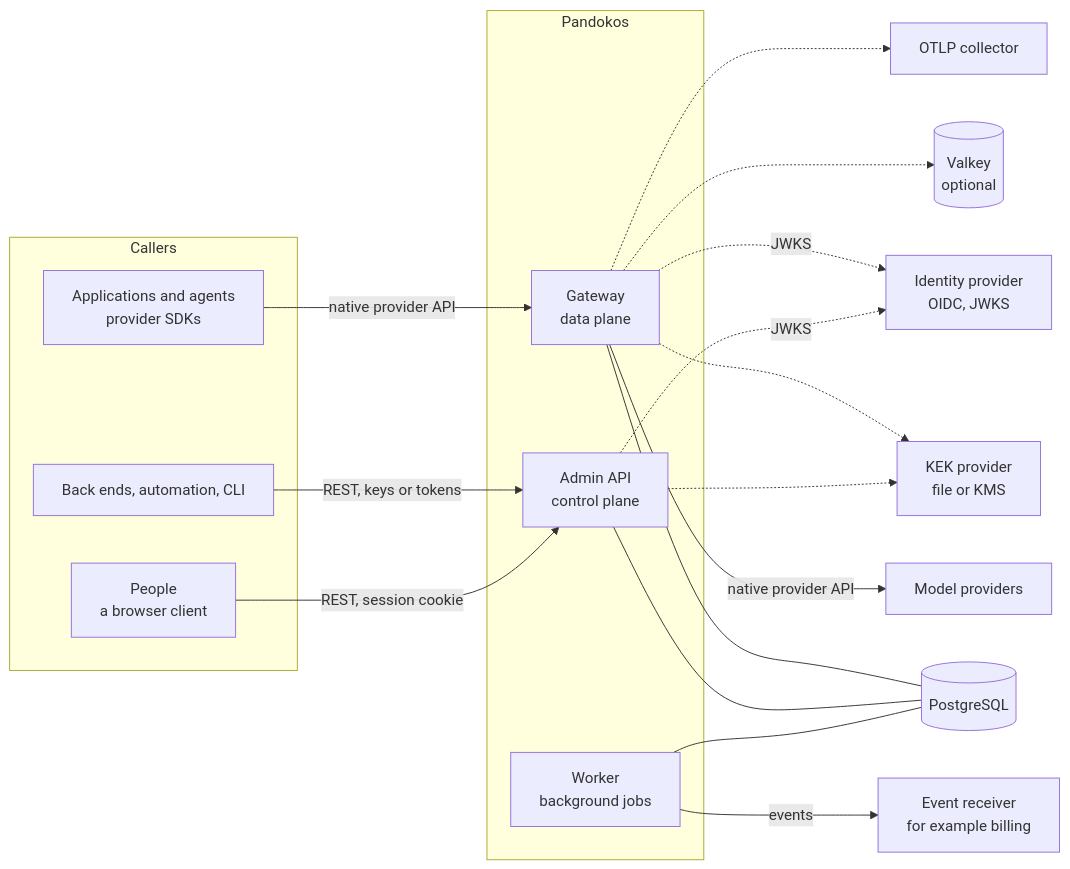
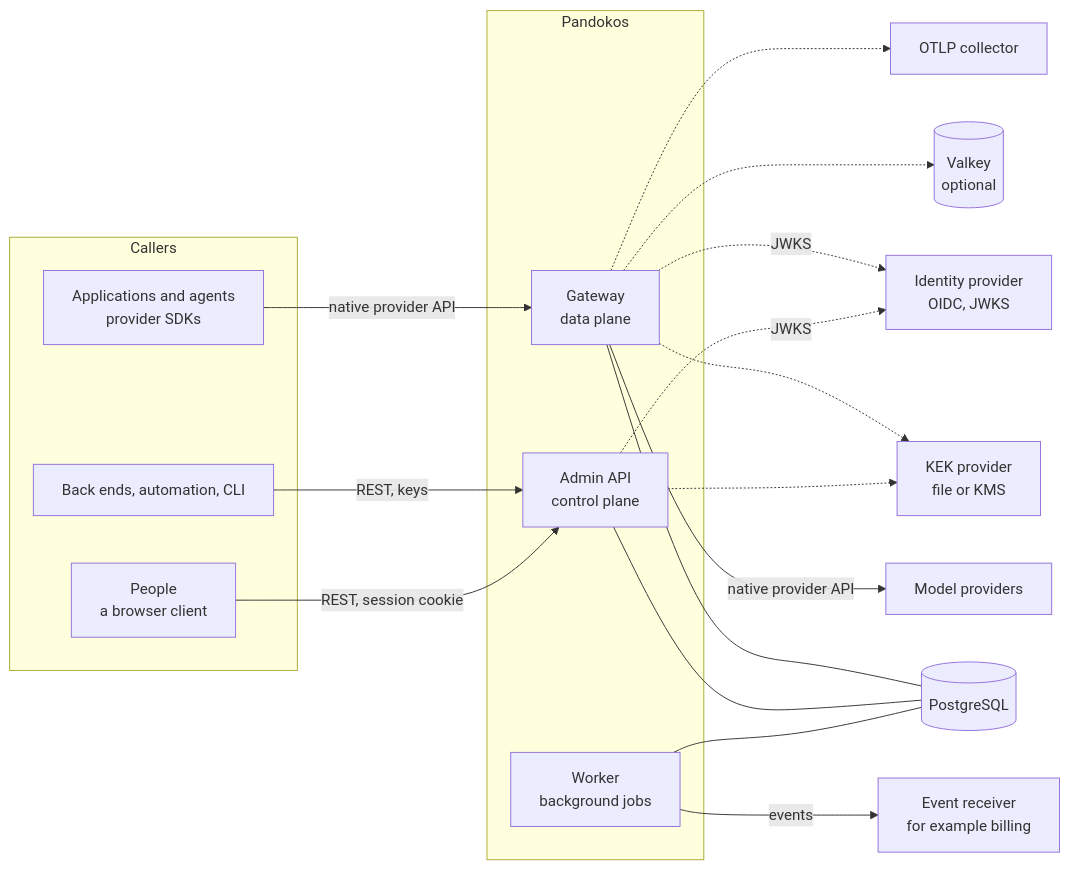
One commit to pandokos/pandokos changed the first of 5 diagrams in docs/architecture/overview.md. Above: the diagram before and after it, drawn with Mermaid. The commit also changed other lines of this file and 24 other files, not shown here.

````diff
--- a/docs/architecture/overview.md
+++ b/docs/architecture/overview.md
@@ -32,35 +32,35 @@
 ```mermaid
 flowchart LR
     subgraph callers[Callers]
         app[Applications and agents<br/>provider SDKs]
         ops[Back ends, automation, CLI]
         ppl[People<br/>a browser client]
     end
     subgraph pandokos[Pandokos]
         gw[Gateway<br/>data plane]
         adm[Admin API<br/>control plane]
         wrk[Worker<br/>background jobs]
     end
     idp[Identity provider<br/>OIDC, JWKS]
     prov[Model providers]
     pg[(PostgreSQL)]
     vk[(Valkey<br/>optional)]
     kms[KEK provider<br/>file or KMS]
     otel[OTLP collector]
     evt[Event receiver<br/>for example billing]
 
     app -->|native provider API| gw
-    ops -->|REST, keys or tokens| adm
+    ops -->|REST, keys| adm
     ppl -->|REST, session cookie| adm
     gw -->|native provider API| prov
     gw --- pg
     adm --- pg
     wrk --- pg
     gw -.-> vk
     gw -.-> kms
     adm -.-> kms
     gw -.->|JWKS| idp
     adm -.->|JWKS| idp
     gw -.-> otel
     wrk -->|events| evt
 ```
````
